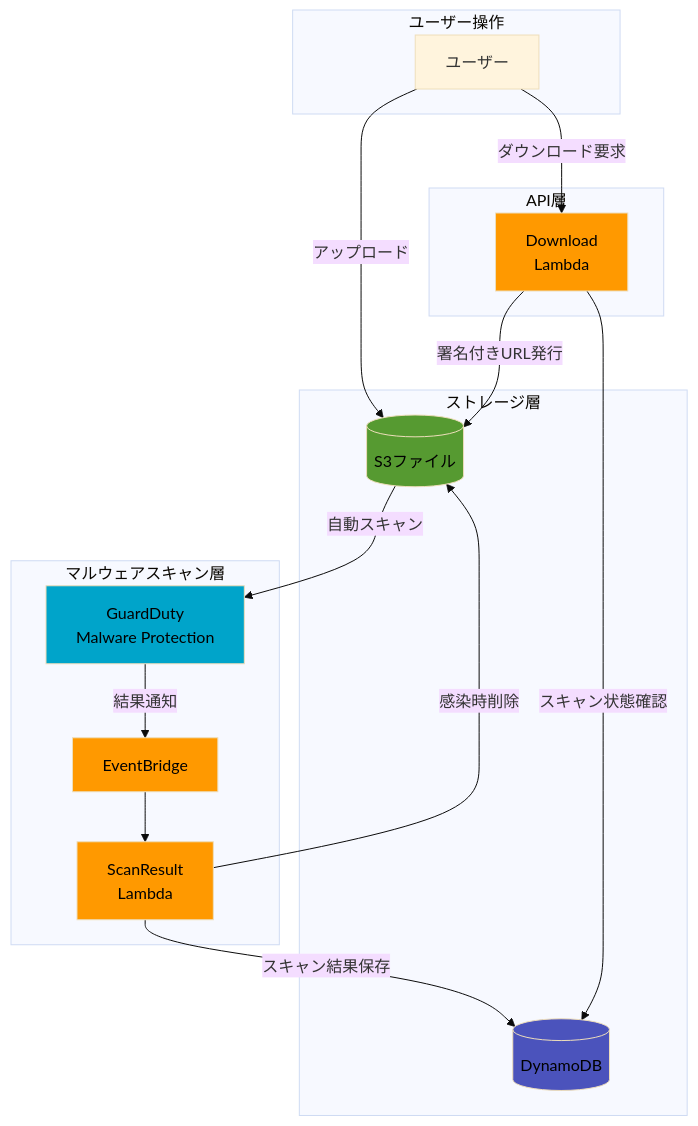
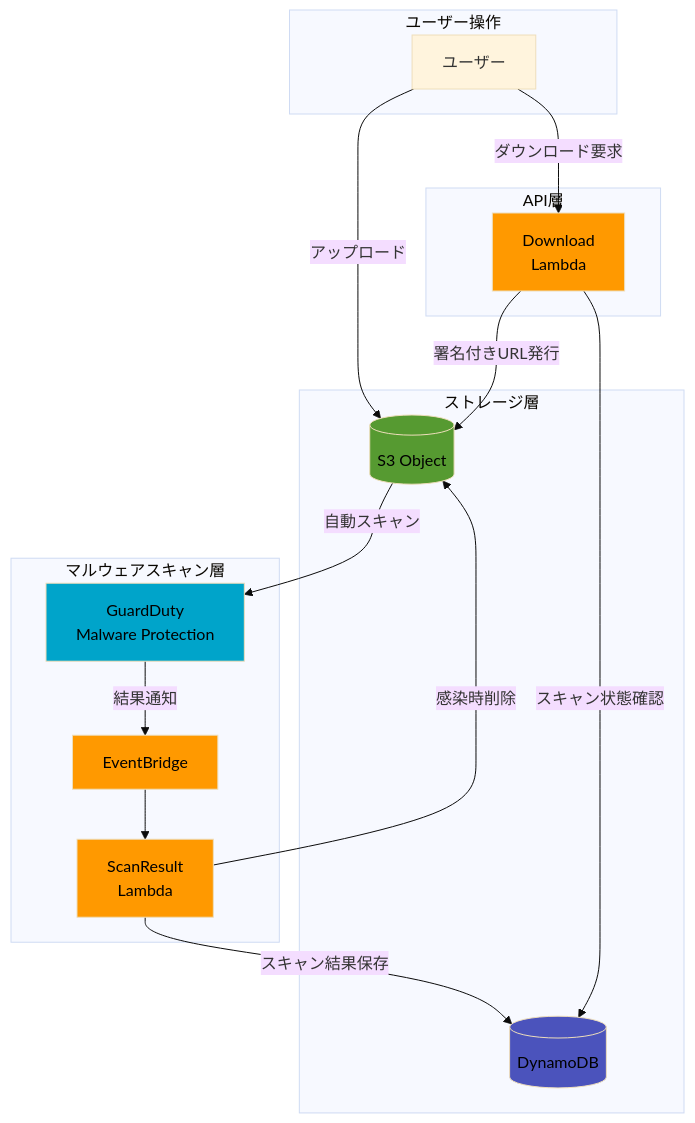
One commit to hanacus87/zenn-docs changed the second of 3 diagrams in articles/amazon_guardduty.md. Above: the diagram before and after it, drawn with Mermaid (base theme). The commit also changed other lines of this file, not shown here.

````diff
--- a/articles/amazon_guardduty.md
+++ b/articles/amazon_guardduty.md
@@ -46,39 +46,39 @@
 ```mermaid
 graph TB
     subgraph "ユーザー操作"
         U[ユーザー]
     end
 
     subgraph "ストレージ層"
-        S3F[(S3ファイル)]
+        S3F[(S3 Object)]
         DDB[(DynamoDB)]
     end
 
     subgraph "マルウェアスキャン層"
         GD[GuardDuty<br>Malware Protection]
         EB[EventBridge]
-        L5[ScanResult<br>Lambda]
+        L1[ScanResult<br>Lambda]
     end
 
     subgraph "API層"
         L2[Download<br>Lambda]
     end
 
     U -->|アップロード| S3F
     S3F -->|自動スキャン| GD
     GD -->|結果通知| EB
-    EB --> L5
-    L5 -->|スキャン結果保存| DDB
-    L5 -->|感染時削除| S3F
+    EB --> L1
+    L1 -->|スキャン結果保存| DDB
+    L1 -->|感染時削除| S3F
 
     U -->|ダウンロード要求| L2
     L2 -->|スキャン状態確認| DDB
     L2 -->|署名付きURL発行| S3F
 
     style GD fill:#00a4ca,color:#000000
     style EB fill:#ff9900,color:#000000
-    style L5 fill:#ff9900,color:#000000
+    style L1 fill:#ff9900,color:#000000
     style L2 fill:#ff9900,color:#000000
     style S3F fill:#569a31,color:#000000
     style DDB fill:#4b53bc,color:#000000
 ```
````
